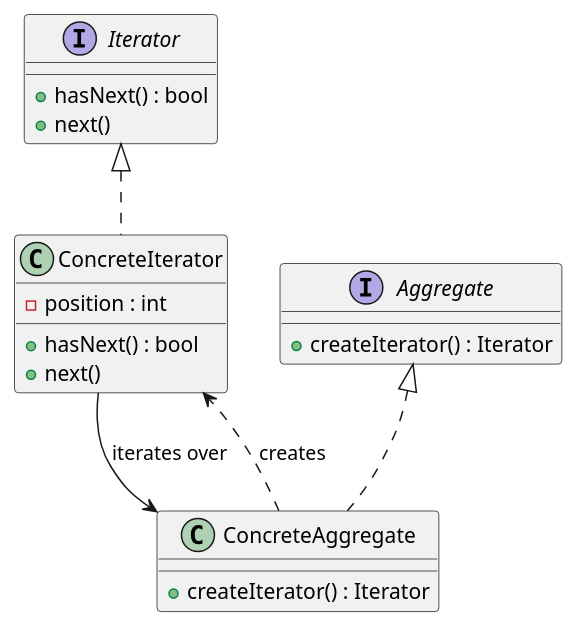
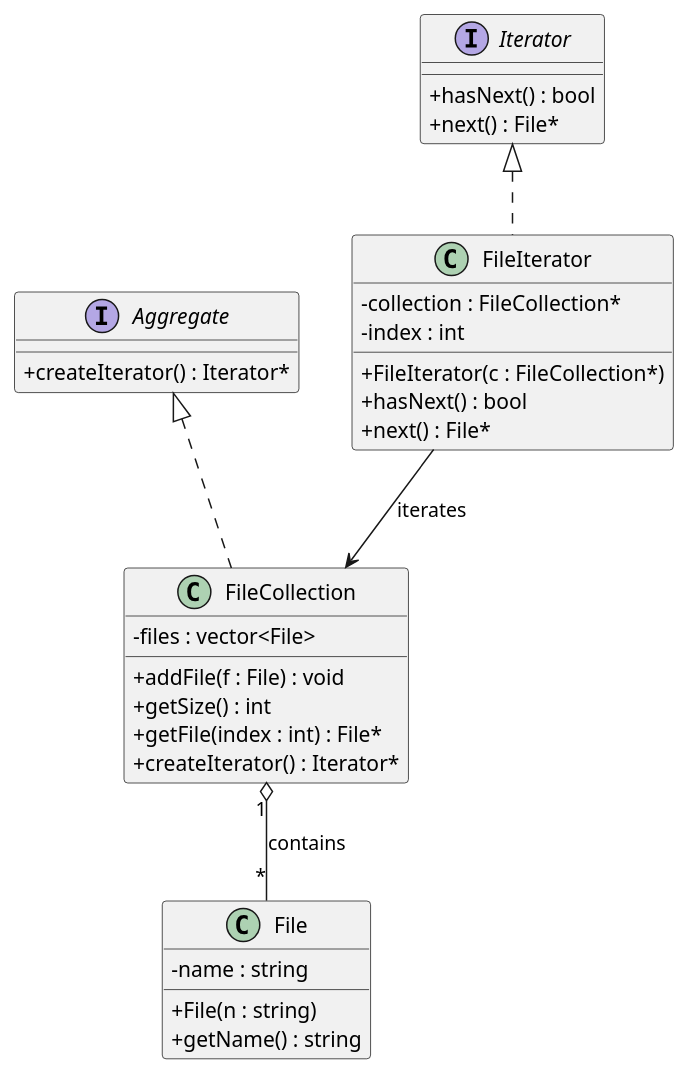
The diagram in 4/tp/lab4/2.puml (qwonix/guap), drawn with PlantUML before and after one commit.

```diff
--- a/4/tp/lab4/2.puml
+++ b/4/tp/lab4/2.puml
@@ -1,38 +1,48 @@
 @startuml
+skinparam classAttributeIconSize 0
 
-' ===== Interfaces =====
-interface Iterator {
-  +hasNext() : bool
-  +next()
+' ===== Класс предметной области =====
+class File {
+  - name : string
+  + File(n : string)
+  + getName() : string
 }
 
-interface Aggregate {
-  +createIterator() : Iterator
+' ===== Интерфейс Iterator =====
+interface Iterator {
+  + hasNext() : bool
+  + next() : File*
 }
 
-' ===== Concrete classes =====
-class ConcreteAggregate {
-  +createIterator() : Iterator
+' ===== Интерфейс Aggregate =====
+interface Aggregate {
+  + createIterator() : Iterator*
 }
 
-class ConcreteIterator {
-  -position : int
-  +hasNext() : bool
-  +next()
+' ===== Конкретная коллекция =====
+class FileCollection {
+  - files : vector<File>
+  + addFile(f : File) : void
+  + getSize() : int
+  + getFile(index : int) : File*
+  + createIterator() : Iterator*
 }
 
-' ===== Relationships =====
+' ===== Конкретный итератор =====
+class FileIterator {
+  - collection : FileCollection*
+  - index : int
+  + FileIterator(c : FileCollection*)
+  + hasNext() : bool
+  + next() : File*
+}
 
-' ConcreteAggregate реализует интерфейс Aggregate
-Aggregate <|.. ConcreteAggregate
+' ===== Наследование / реализация =====
+Aggregate <|.. FileCollection
+Iterator <|.. FileIterator
 
-' ConcreteIterator реализует интерфейс Iterator
-Iterator <|.. ConcreteIterator
-
-' ConcreteAggregate создаёт ConcreteIterator
-ConcreteAggregate ..> ConcreteIterator : creates
-
-' ConcreteIterator работает с ConcreteAggregate
-ConcreteIterator --> ConcreteAggregate : iterates over
+' ===== Ассоциации =====
+FileCollection "1" o-- "*" File : contains
+FileIterator --> FileCollection : iterates
 
 @enduml
```
